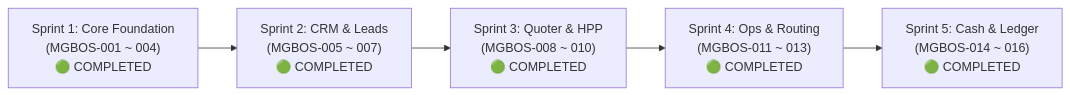
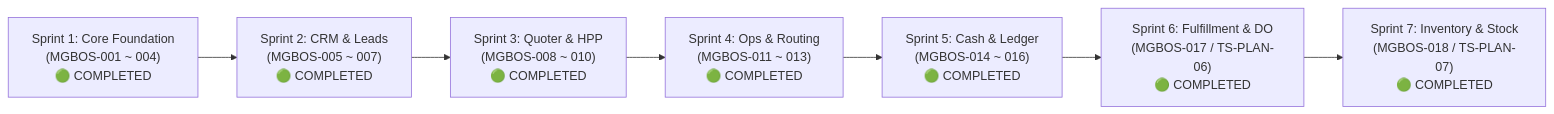
Before and after one commit to Rizkybuilds/bisnishub: the diagram in catatan/mgbos-master-roadmap-tracker.md, drawn with Mermaid. The commit also changed other lines of this file and 5 other files, not shown here.

Commit message:
docs(mgbos): add ADR 014, engineering reports 017-020, and update roadmap tracker

````diff
--- a/catatan/mgbos-master-roadmap-tracker.md
+++ b/catatan/mgbos-master-roadmap-tracker.md
@@ -44,10 +44,12 @@
 ```mermaid
 flowchart LR
     S1["Sprint 1: Core Foundation<br/>(MGBOS-001 ~ 004)<br/>🟢 COMPLETED"]
     S2["Sprint 2: CRM & Leads<br/>(MGBOS-005 ~ 007)<br/>🟢 COMPLETED"]
     S3["Sprint 3: Quoter & HPP<br/>(MGBOS-008 ~ 010)<br/>🟢 COMPLETED"]
     S4["Sprint 4: Ops & Routing<br/>(MGBOS-011 ~ 013)<br/>🟢 COMPLETED"]
     S5["Sprint 5: Cash & Ledger<br/>(MGBOS-014 ~ 016)<br/>🟢 COMPLETED"]
+    S6["Sprint 6: Fulfillment & DO<br/>(MGBOS-017 / TS-PLAN-06)<br/>🟢 COMPLETED"]
+    S7["Sprint 7: Inventory & Stock<br/>(MGBOS-018 / TS-PLAN-07)<br/>🟢 COMPLETED"]
 
-    S1 --> S2 --> S3 --> S4 --> S5
+    S1 --> S2 --> S3 --> S4 --> S5 --> S6 --> S7
 ```
````
